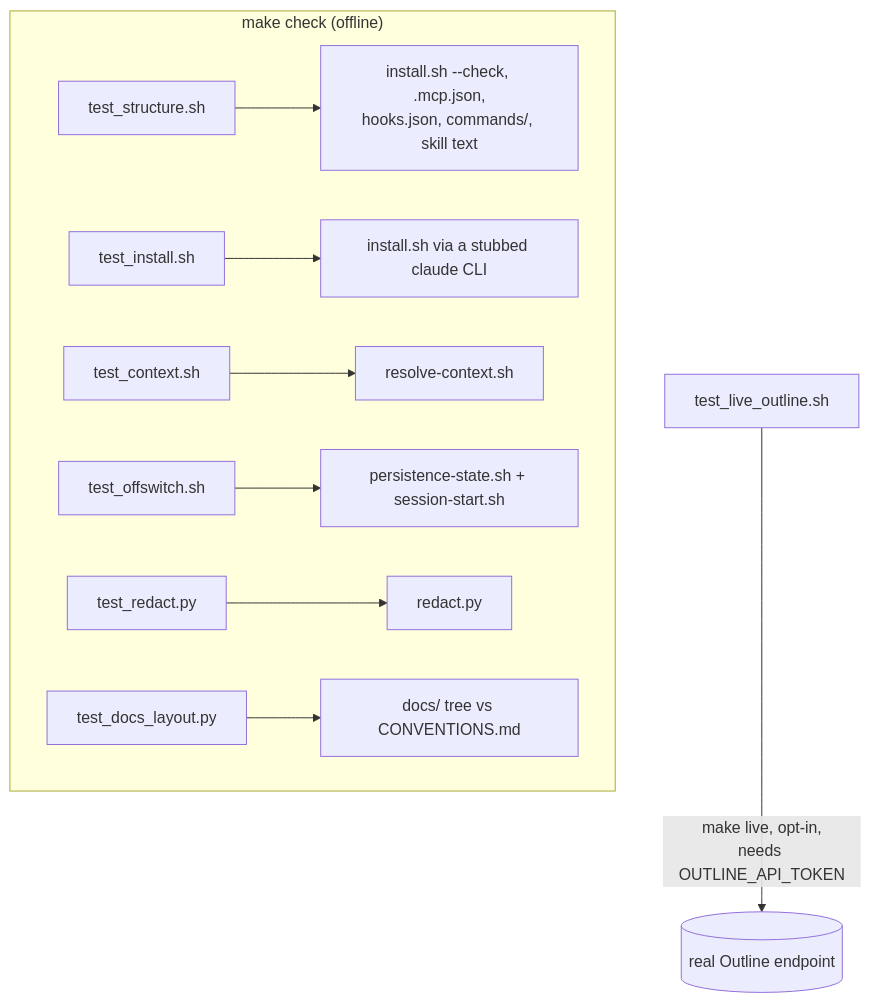
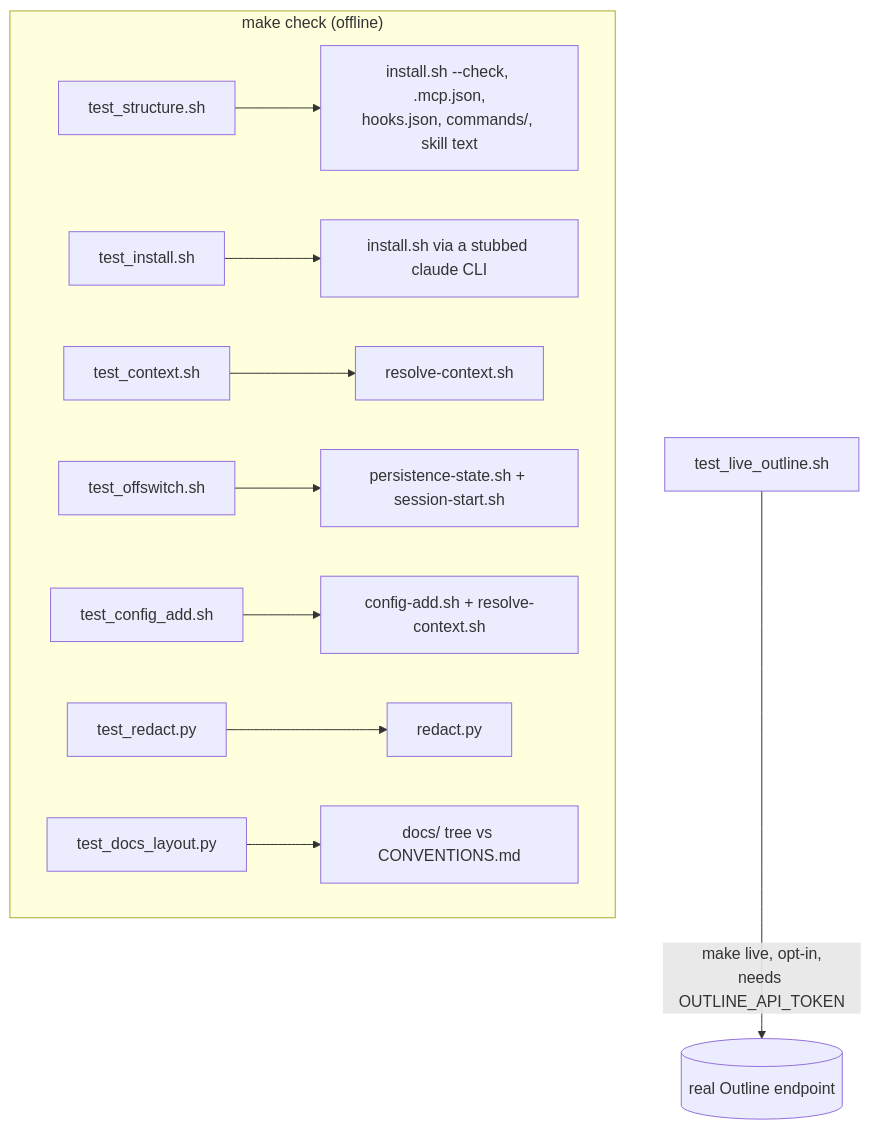
One commit to kolezka/outline-persist changed the diagram in docs/verification/README.md. Above: the diagram before and after it, drawn with Mermaid. The commit also changed other lines of this file and 39 other files, not shown here.

````diff
--- a/docs/verification/README.md
+++ b/docs/verification/README.md
@@ -44,12 +44,13 @@
 ```mermaid
 flowchart TD
     subgraph offline["make check (offline)"]
         A[test_structure.sh] --> RA["install.sh --check, .mcp.json,\nhooks.json, commands/, skill text"]
         B[test_install.sh] --> RB["install.sh via a stubbed claude CLI"]
         C[test_context.sh] --> RC["resolve-context.sh"]
         D[test_offswitch.sh] --> RD["persistence-state.sh + session-start.sh"]
+        G[test_config_add.sh] --> RG["config-add.sh + resolve-context.sh"]
         E[test_redact.py] --> RE["redact.py"]
         F[test_docs_layout.py] --> RF["docs/ tree vs CONVENTIONS.md"]
     end
     L[test_live_outline.sh] -->|"make live, opt-in,\nneeds OUTLINE_API_TOKEN"| O[("real Outline endpoint")]
 ```
````
